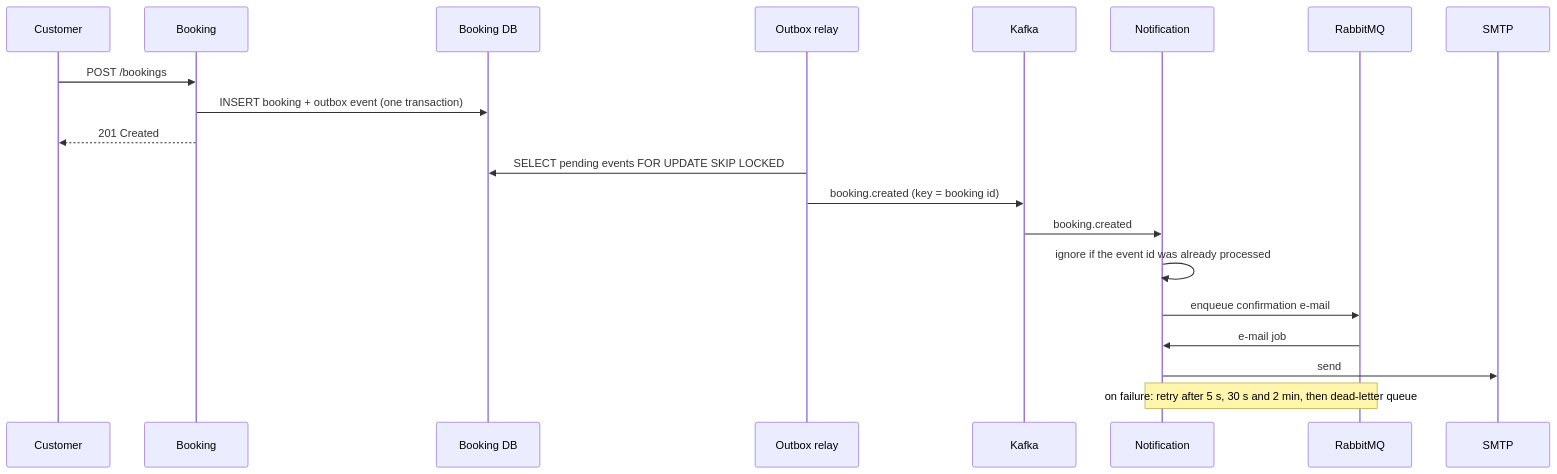
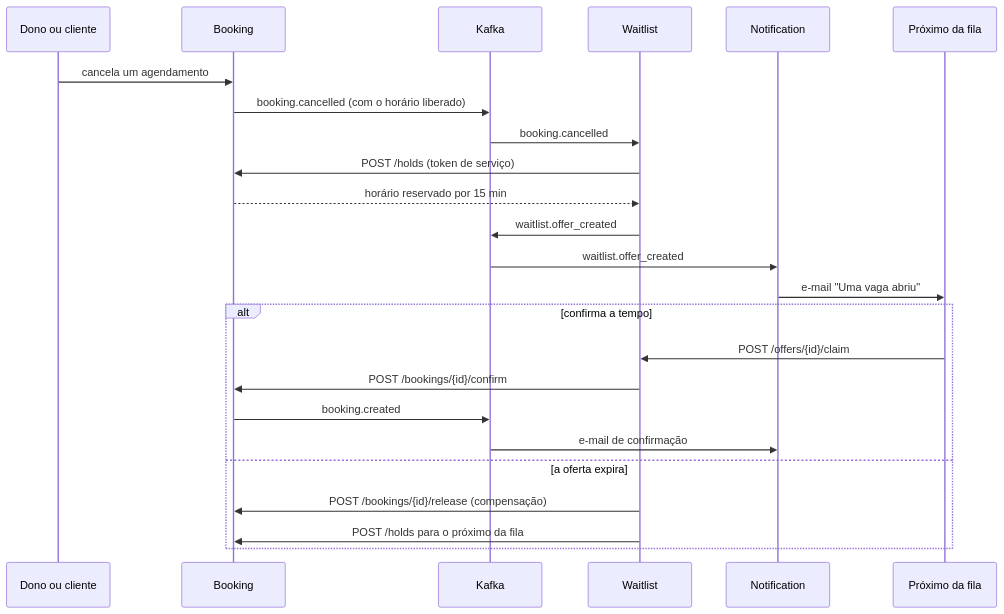
Before and after one commit to dev-matheusfranca/VagaCerta: the second of 2 diagrams in README.md, drawn with Mermaid. The commit also changed other lines of this file and 17 other files, not shown here.

````diff
--- a/README.md
+++ b/README.md
@@ -107,22 +135,26 @@
 ```mermaid
 sequenceDiagram
-    participant C as Customer
+    participant D as Dono ou cliente
     participant B as Booking
-    participant DB as Booking DB
-    participant R as Outbox relay
     participant K as Kafka
+    participant W as Waitlist
     participant N as Notification
-    participant Q as RabbitMQ
-    participant S as SMTP
-    C->>B: POST /bookings
-    B->>DB: INSERT booking + outbox event (one transaction)
-    B-->>C: 201 Created
-    R->>DB: SELECT pending events FOR UPDATE SKIP LOCKED
-    R->>K: booking.created (key = booking id)
-    K->>N: booking.created
-    N->>N: ignore if the event id was already processed
-    N->>Q: enqueue confirmation e-mail
-    Q->>N: e-mail job
-    N->>S: send
-    Note over N,Q: on failure: retry after 5 s, 30 s and 2 min, then dead-letter queue
+    participant P as Próximo da fila
+    D->>B: cancela um agendamento
+    B->>K: booking.cancelled (com o horário liberado)
+    K->>W: booking.cancelled
+    W->>B: POST /holds (token de serviço)
+    B-->>W: horário reservado por 15 min
+    W->>K: waitlist.offer_created
+    K->>N: waitlist.offer_created
+    N->>P: e-mail "Uma vaga abriu"
+    alt confirma a tempo
+        P->>W: POST /offers/{id}/claim
+        W->>B: POST /bookings/{id}/confirm
+        B->>K: booking.created
+        K->>N: e-mail de confirmação
+    else a oferta expira
+        W->>B: POST /bookings/{id}/release (compensação)
+        W->>B: POST /holds para o próximo da fila
+    end
 ```
````
